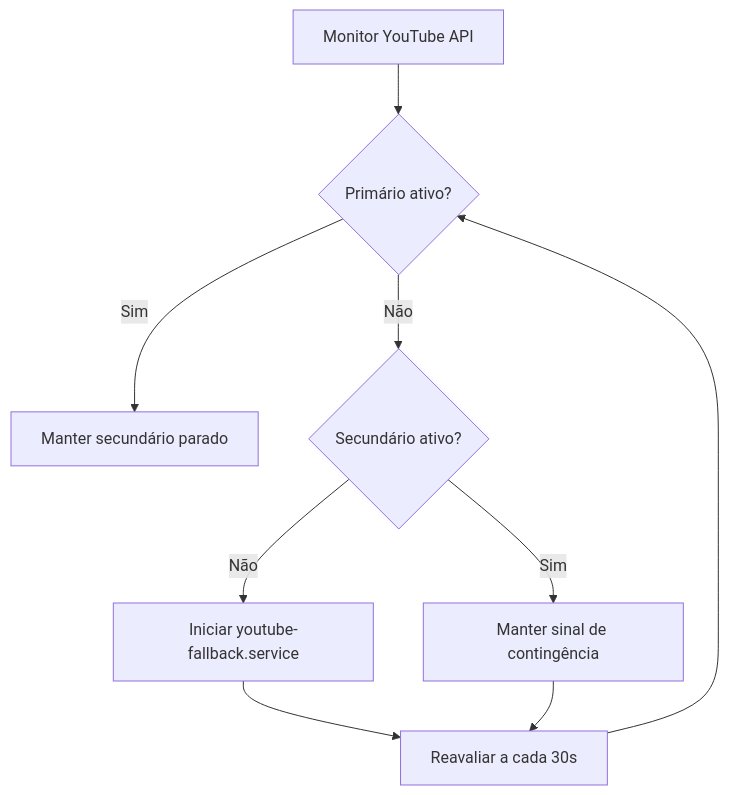
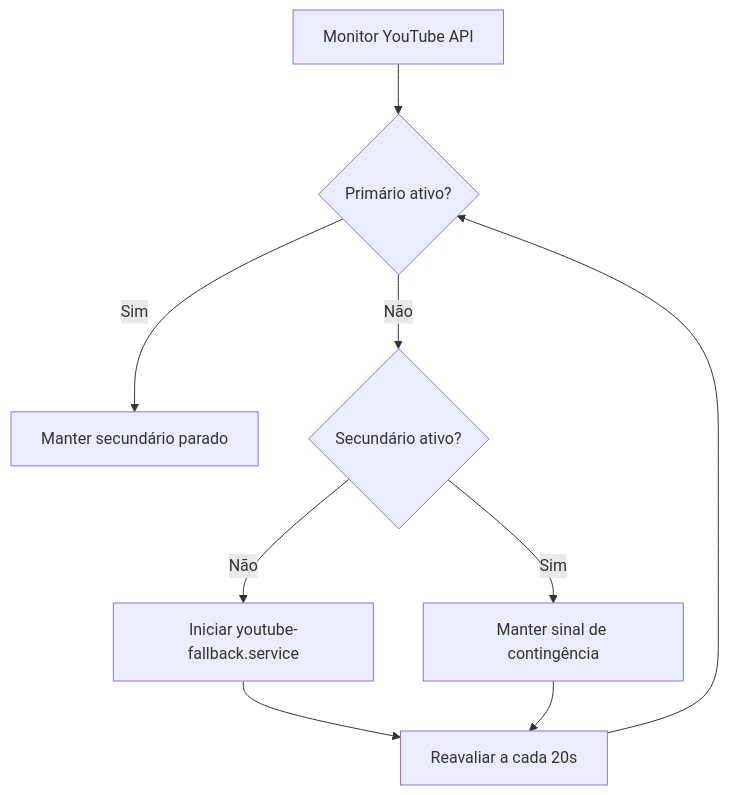
One commit to storesace-cv/bwb-stream2yt changed the diagram in docs/REGRAS_URL_SECUNDARIA.md. Above: the diagram before and after it, drawn with Mermaid. The commit also changed other lines of this file, not shown here.

````diff
--- a/docs/REGRAS_URL_SECUNDARIA.md
+++ b/docs/REGRAS_URL_SECUNDARIA.md
@@ -93,11 +93,11 @@
 ```mermaid
 flowchart TD
     A[Monitor YouTube API] --> B{Primário ativo?}
     B -->|Sim| C[Manter secundário parado]
     B -->|Não| D{Secundário ativo?}
     D -->|Não| E[Iniciar youtube-fallback.service]
     D -->|Sim| F[Manter sinal de contingência]
-    E --> G[Reavaliar a cada 30s]
+    E --> G[Reavaliar a cada 20s]
     F --> G
     G --> B
 ```
````
